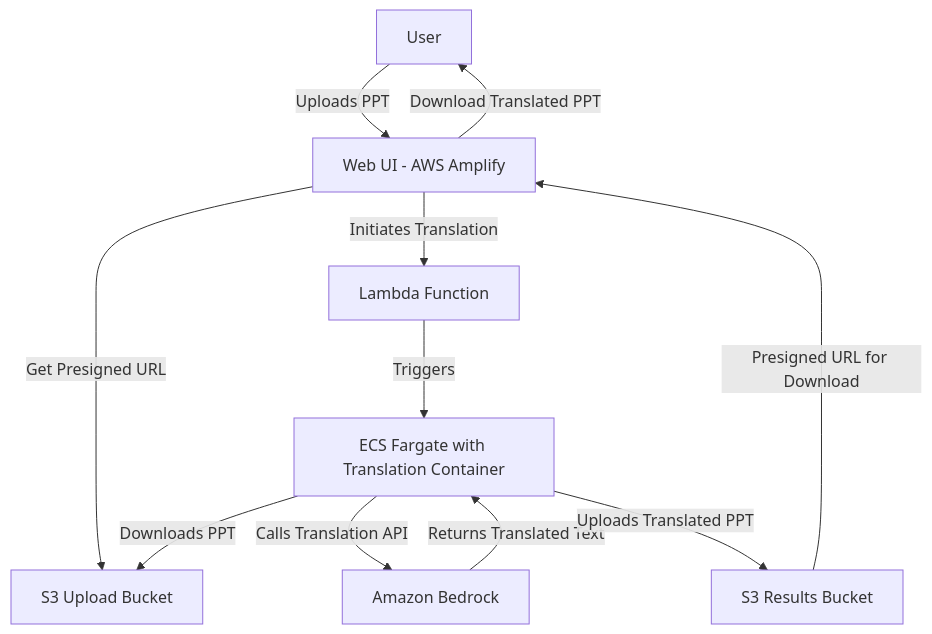
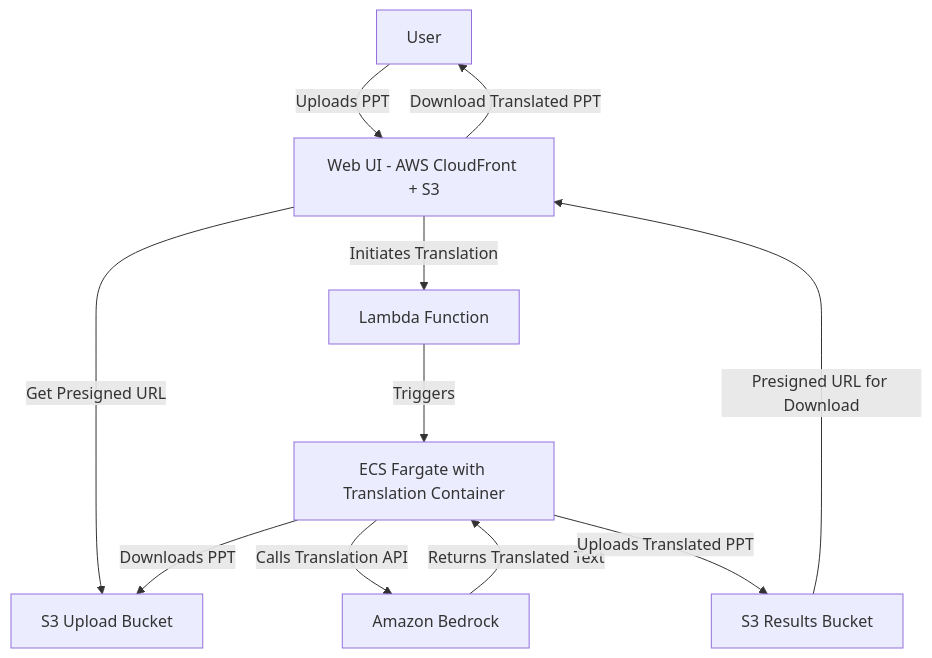
Before and after one commit to snese/ppt-tranlator: the diagram in README.md, drawn with Mermaid. The commit also changed other lines of this file and 30 other files, not shown here.

````diff
--- a/README.md
+++ b/README.md
@@ -23,13 +23,13 @@
 ```mermaid
 graph TD
-    A[User] -->|Uploads PPT| B[Web UI - AWS Amplify]
+    A[User] -->|Uploads PPT| B[Web UI - AWS CloudFront + S3]
     B -->|Get Presigned URL| C[S3 Upload Bucket]
     B -->|Initiates Translation| D[Lambda Function]
     D -->|Triggers| E[ECS Fargate with Translation Container]
     E -->|Downloads PPT| C
     E -->|Calls Translation API| F[Amazon Bedrock]
     F -->|Returns Translated Text| E
     E -->|Uploads Translated PPT| G[S3 Results Bucket]
     G -->|Presigned URL for Download| B
     B -->|Download Translated PPT| A
 ```
````
